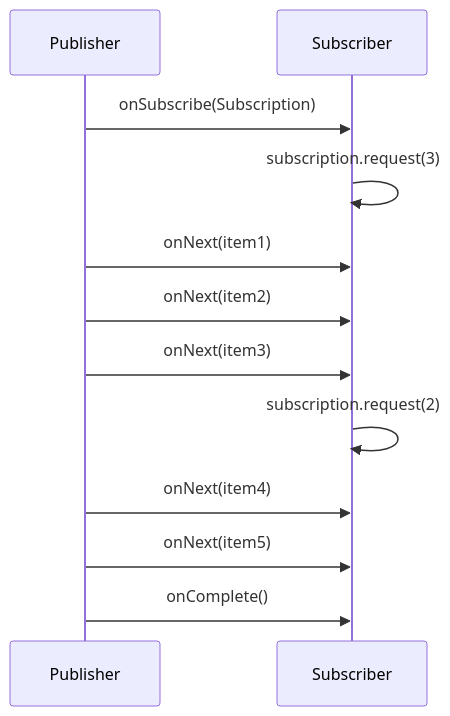
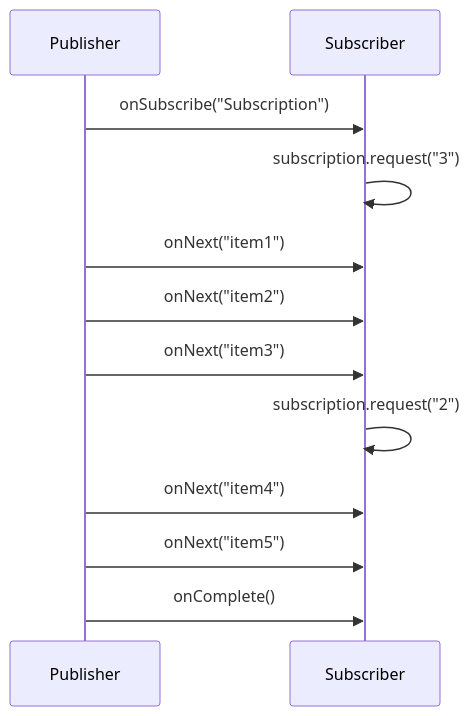
One commit to pploc/swe-icon-the-moment changed the diagram in content/questions/fundamentals/reactive-programming.md. Above: the diagram before and after it, drawn with Mermaid. The commit also changed 138 other files, not shown here.

````diff
--- a/content/questions/fundamentals/reactive-programming.md
+++ b/content/questions/fundamentals/reactive-programming.md
@@ -24,14 +24,15 @@
 ```mermaid
 sequenceDiagram
     participant P as Publisher
     participant S as Subscriber
-    P->>S: onSubscribe(Subscription)
-    S->>S: subscription.request(3)
-    P->>S: onNext(item1)
-    P->>S: onNext(item2)
-    P->>S: onNext(item3)
-    S->>S: subscription.request(2)
-    P->>S: onNext(item4)
-    P->>S: onNext(item5)
+    P->>S: onSubscribe("Subscription")
+    S->>S: subscription.request("3")
+    P->>S: onNext("item1")
+    P->>S: onNext("item2")
+    P->>S: onNext("item3")
+    S->>S: subscription.request("2")
+    P->>S: onNext("item4")
+    P->>S: onNext("item5")
     P->>S: onComplete()
+
 ```
````
